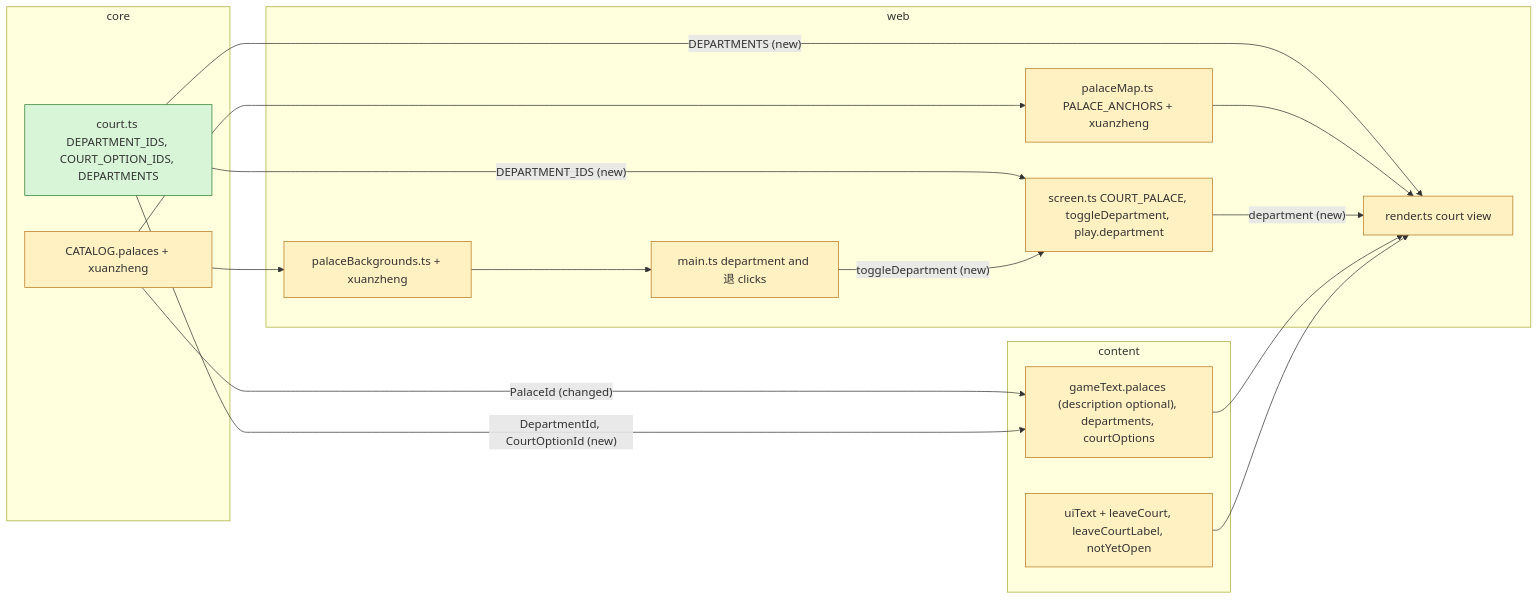
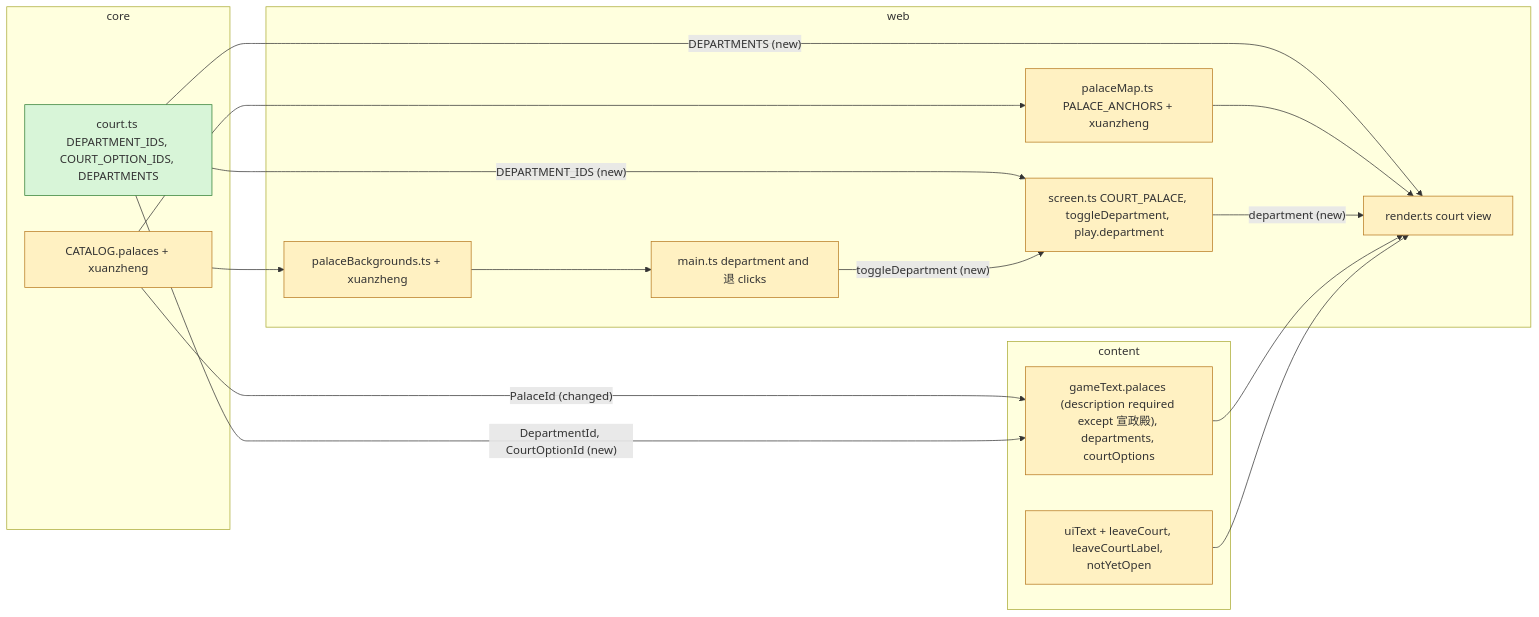
The diagram in .agent/plans/issue-33/brief.md (dcheng1248/agent-harness-test), drawn with Mermaid before and after one commit. The commit also changed other lines of this file and 8 other files, not shown here.

Commit message:
fix(web): right-align 宣政殿 options above 工; require palace descriptions except 宣政殿

````diff
--- a/.agent/plans/issue-33/brief.md
+++ b/.agent/plans/issue-33/brief.md
@@ -49,33 +49,33 @@
 ```mermaid
 flowchart LR
   subgraph core
     CATALOG["CATALOG.palaces + xuanzheng"]:::changed
     COURT["court.ts DEPARTMENT_IDS, COURT_OPTION_IDS, DEPARTMENTS"]:::added
   end
   subgraph content
-    gameText["gameText.palaces (description optional), departments, courtOptions"]:::changed
+    gameText["gameText.palaces (description required except 宣政殿), departments, courtOptions"]:::changed
     uiText["uiText + leaveCourt, leaveCourtLabel, notYetOpen"]:::changed
   end
   subgraph web
     bgs["palaceBackgrounds.ts + xuanzheng"]:::changed
     anchors["palaceMap.ts PALACE_ANCHORS + xuanzheng"]:::changed
     screen["screen.ts COURT_PALACE, toggleDepartment, play.department"]:::changed
     render["render.ts court view"]:::changed
     main["main.ts department and 退 clicks"]:::changed
   end
   CATALOG -->|"PalaceId (changed)"| gameText
   COURT -->|"DepartmentId, CourtOptionId (new)"| gameText
   COURT -->|"DEPARTMENTS (new)"| render
   COURT -->|"DEPARTMENT_IDS (new)"| screen
   CATALOG --> bgs
   CATALOG --> anchors
   bgs --> main
   anchors --> render
   screen -->|"department (new)"| render
   gameText --> render
   uiText --> render
   main -->|"toggleDepartment (new)"| screen
 classDef added fill:#d8f5d8,stroke:#2e7d32
 classDef changed fill:#fff1c2,stroke:#b7791f
 classDef removed fill:#fde2e2,stroke:#c62828,stroke-dasharray:5 5
 ```
````
